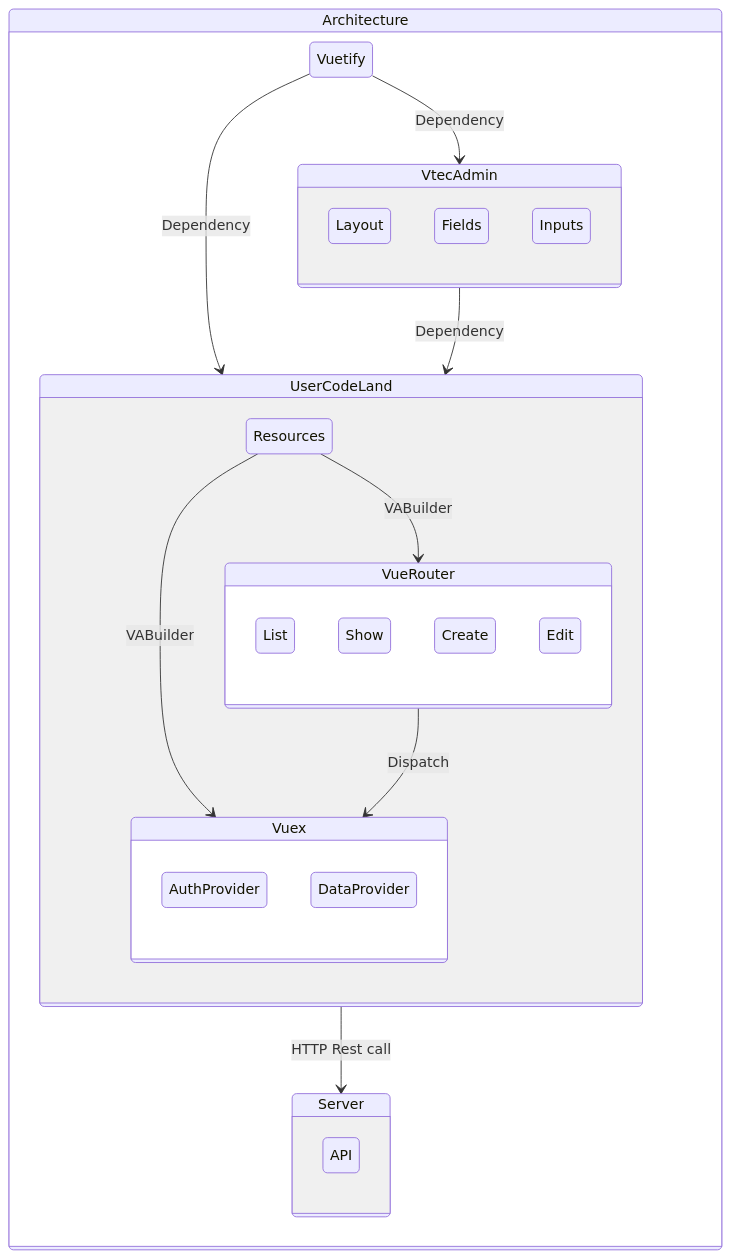
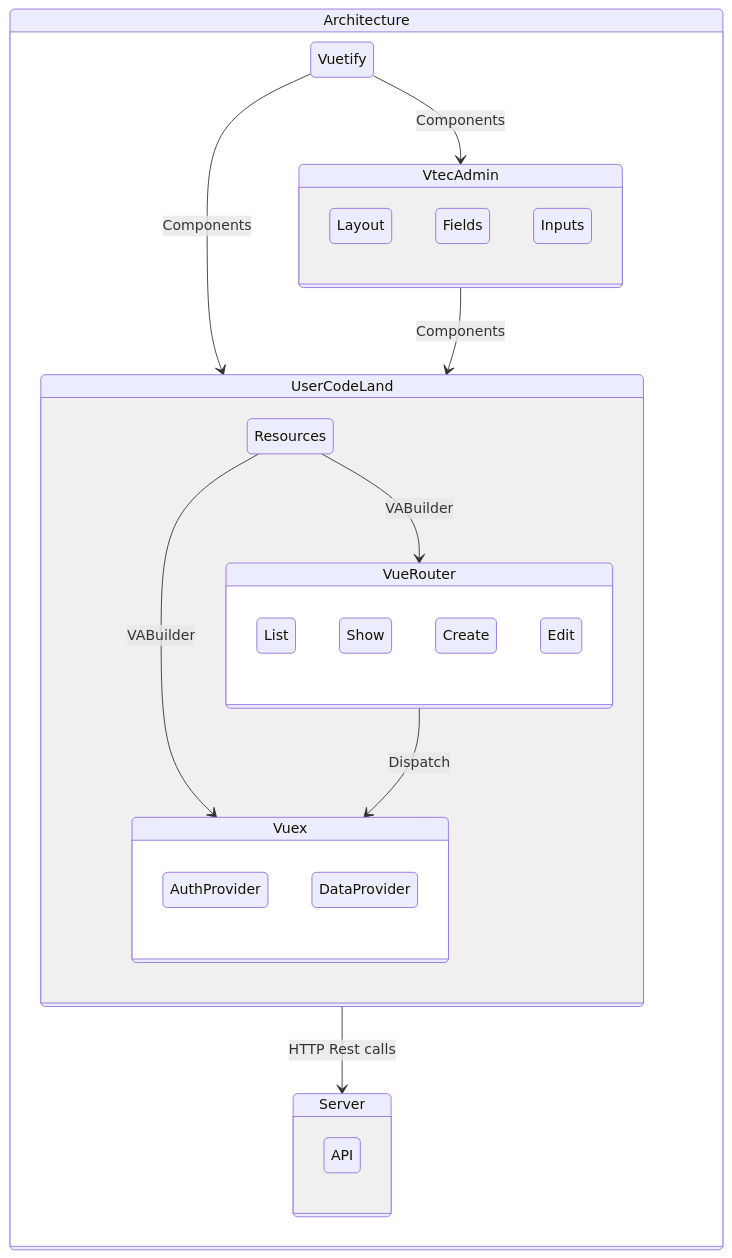
The diagram in assets/diagrams/architecture.mmd (okami101/vuetify-admin), drawn with Mermaid before and after one commit. The commit also changed 3 other files, not shown here.

```diff
--- a/assets/diagrams/architecture.mmd
+++ b/assets/diagrams/architecture.mmd
@@ -1,30 +1,30 @@
 stateDiagram
   state Architecture {
     state VtecAdmin {
       Layout
       Fields
       Inputs
     }
-    Vuetify --> VtecAdmin: Dependency
-    Vuetify --> UserCodeLand: Dependency
-    VtecAdmin --> UserCodeLand: Dependency
+    Vuetify --> VtecAdmin: Components
+    Vuetify --> UserCodeLand: Components
+    VtecAdmin --> UserCodeLand: Components
     state UserCodeLand {
       Resources --> VueRouter: VABuilder
       Resources --> Vuex: VABuilder
       state VueRouter {
         List
         Show
         Create
         Edit
       }
       state Vuex {
         AuthProvider
         DataProvider
       }
       VueRouter --> Vuex: Dispatch
     }
-    UserCodeLand --> Server: HTTP Rest call
+    UserCodeLand --> Server: HTTP Rest calls
     state Server {
       API
     }
   }
```
